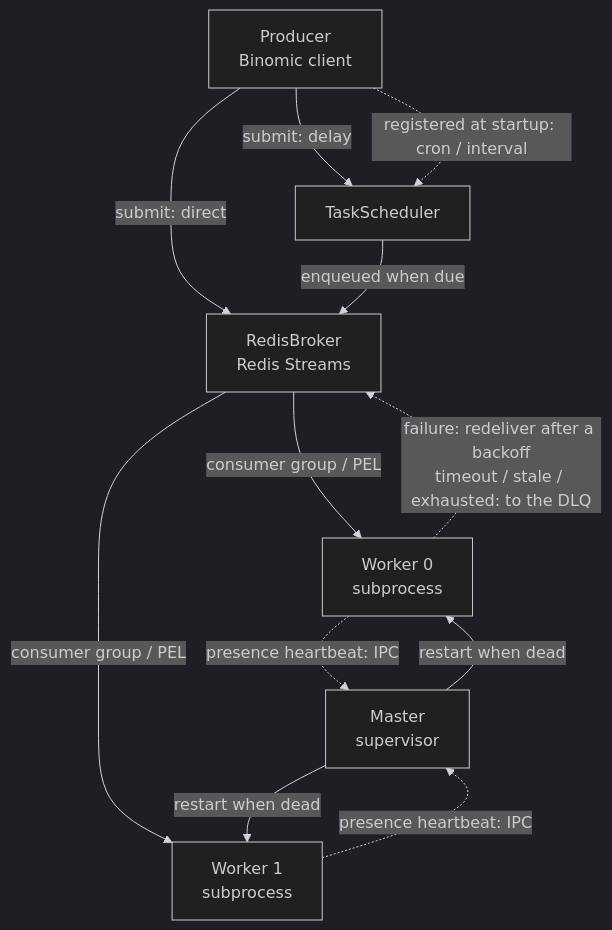
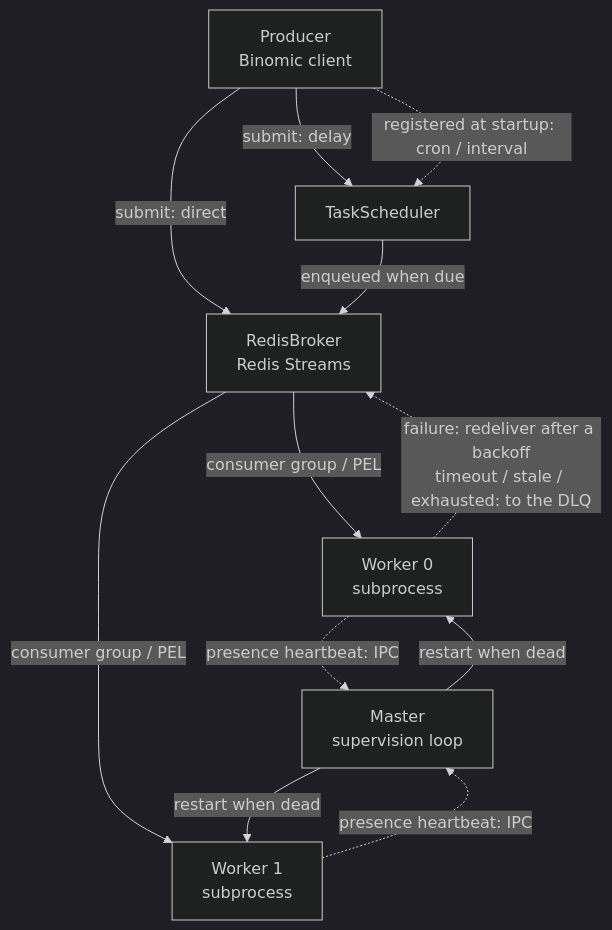
Before and after one commit to Ahsen17/binomic: the diagram in README_en.md, drawn with Mermaid (dark theme). The commit also changed other lines of this file and 11 other files, not shown here.

````diff
--- a/README_en.md
+++ b/README_en.md
@@ -153,14 +161,14 @@
 ```mermaid
 flowchart TD
     P[Producer<br>Binomic client] -->|submit: direct| B[RedisBroker<br>Redis Streams]
     P -->|submit: delay| S[TaskScheduler]
     P -.->|registered at startup: cron / interval| S
     S -->|enqueued when due| B
     B -->|consumer group / PEL| W1[Worker 0<br>subprocess]
     B -->|consumer group / PEL| W2[Worker 1<br>subprocess]
     W1 -.->|failure: redeliver after a backoff<br>timeout / stale / exhausted: to the DLQ| B
-    M[Master<br>supervisor] -->|restart when dead| W1
+    M[Master<br>supervision loop] -->|restart when dead| W1
     M -->|restart when dead| W2
     W1 -.->|presence heartbeat: IPC| M
     W2 -.->|presence heartbeat: IPC| M
 ```
````
